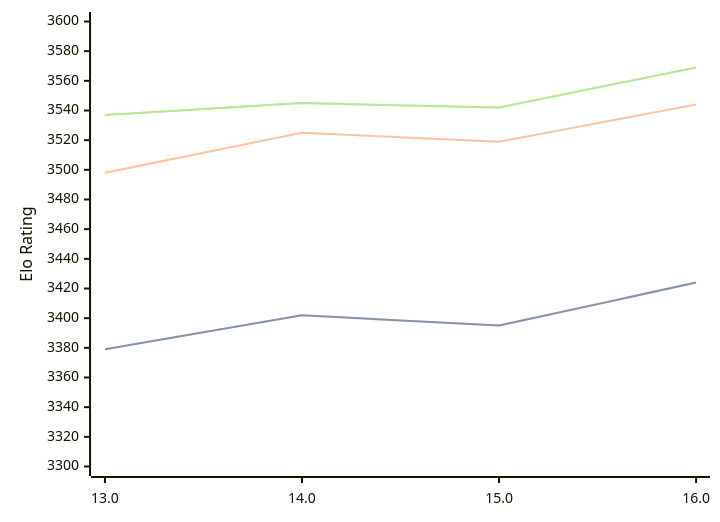
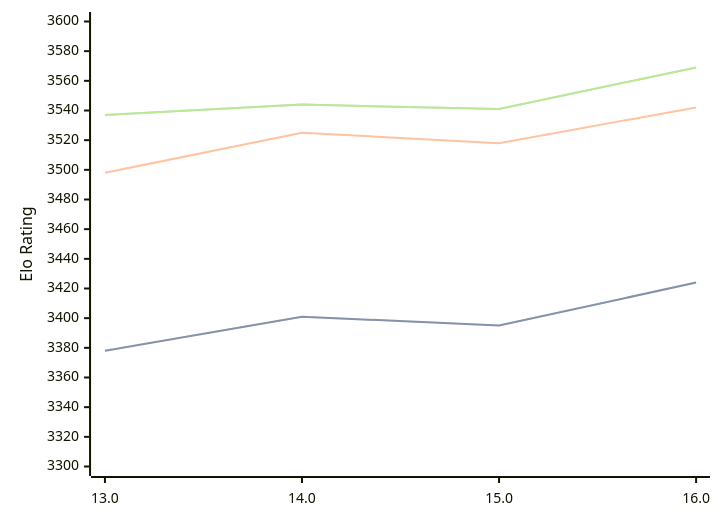
One commit to computer-chess-index/cci changed the third of 3 diagrams in engines/Obsidian.md. Above: the diagram before and after it, drawn with Mermaid. The commit also changed other lines of this file, not shown here.

Commit message:
Update CCI Ratings (ELO VLTC) - 2026-06-27

````diff
--- a/engines/Obsidian.md
+++ b/engines/Obsidian.md
@@ -76,11 +76,11 @@
 ```mermaid
 %%{init: {"theme":"base","themeVariables":{"seriesColors:['#a3a3a3','#222221','#faa371']}}}%%
 xychart-beta
   x-axis ["13.0", "14.0", "15.0", "16.0"]
   y-axis "Elo Rating" 3300 --> 3600
-  line "STC (8.0+0.08s)" [3379, 3402, 3395, 3424]
-  line "STC (8.0+0.08s)" [3379, 3402, 3395, 3424]
-  line "LTC (60.0+0.60s)" [3498, 3525, 3519, 3544]
-  line "VLTC (2m24s+1.12s)" [3537, 3545, 3542, 3569]
-  line "VLTC (2m24s+1.12s)" [3537, 3545, 3542, 3569]
+  line "STC (8.0+0.08s)" [3378, 3401, 3395, 3424]
+  line "STC (8.0+0.08s)" [3378, 3401, 3395, 3424]
+  line "LTC (60.0+0.60s)" [3498, 3525, 3518, 3542]
+  line "VLTC (2m24s+1.12s)" [3537, 3544, 3541, 3569]
+  line "VLTC (2m24s+1.12s)" [3537, 3544, 3541, 3569]
 ```
````
